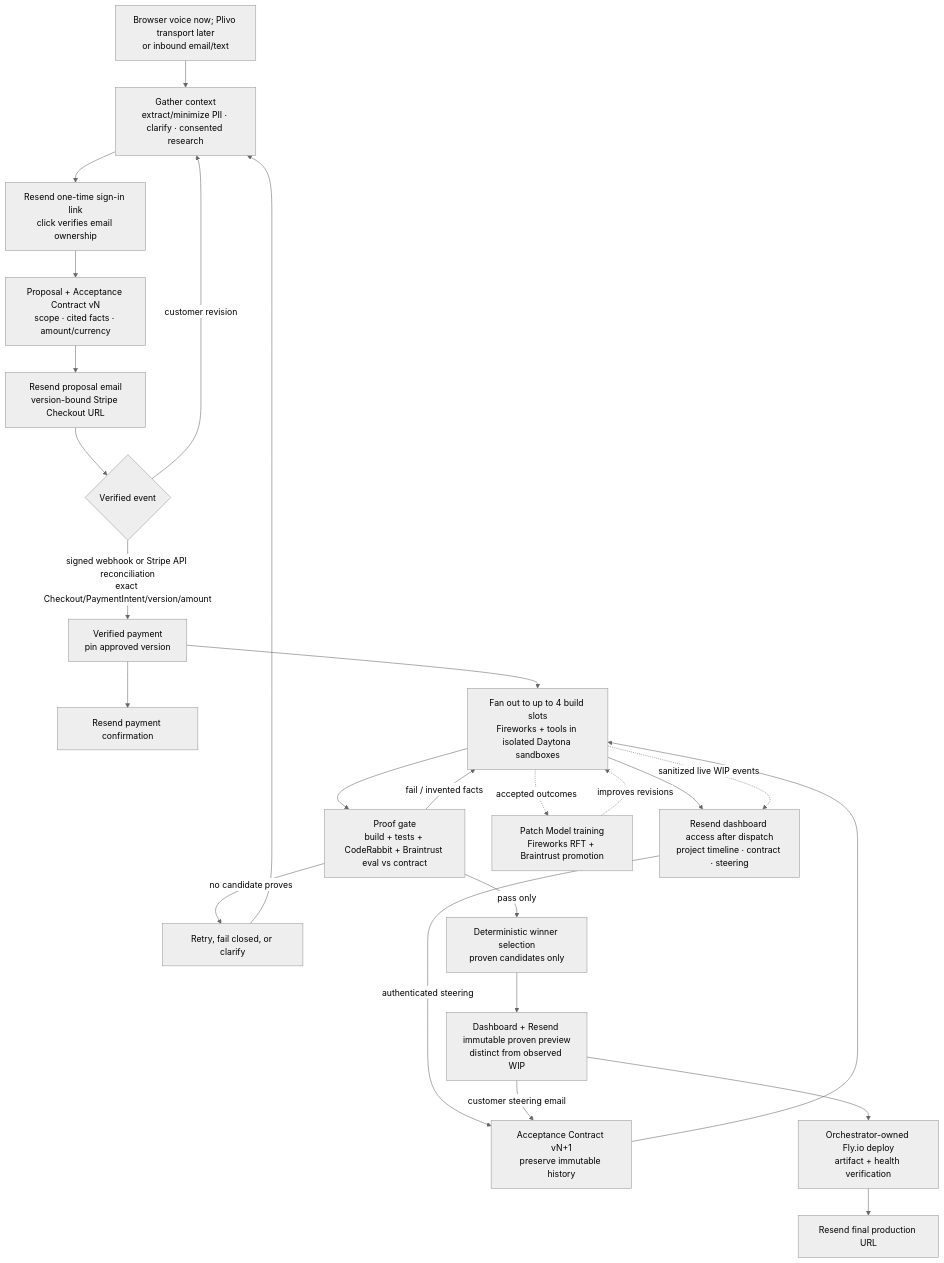
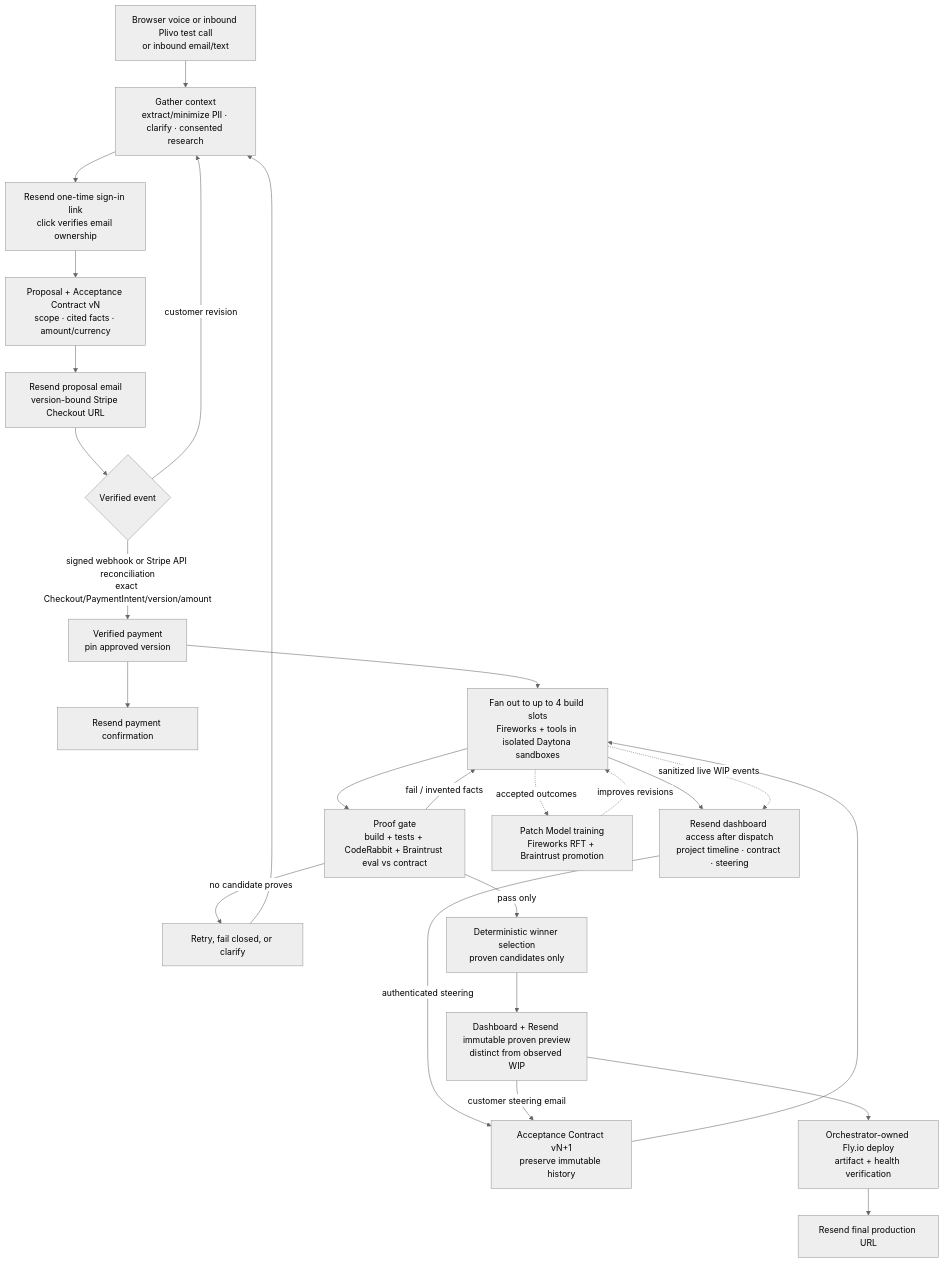
One commit to Developer668/BuildLabs changed the diagram in PRODUCT_SPEC.md. Above: the diagram before and after it, drawn with Mermaid (neutral theme). The commit also changed other lines of this file and 226 other files, not shown here.

First line of the commit message:
Wire orchestration spine, dashboard, and voice browser/telephony intake

````diff
--- a/PRODUCT_SPEC.md
+++ b/PRODUCT_SPEC.md
@@ -88,27 +101,27 @@
 ```mermaid
 flowchart TD
-    Input["Browser voice now; Plivo transport later<br/>or inbound email/text"] --> Gather["Gather context<br/>extract/minimize PII · clarify · consented research"]
+    Input["Browser voice or inbound Plivo test call<br/>or inbound email/text"] --> Gather["Gather context<br/>extract/minimize PII · clarify · consented research"]
     Gather --> Access["Resend one-time sign-in link<br/>click verifies email ownership"]
     Access --> Proposal["Proposal + Acceptance Contract vN<br/>scope · cited facts · amount/currency"]
     Proposal --> Email["Resend proposal email<br/>version-bound Stripe Checkout URL"]
     Email --> Wait{"Verified event"}
     Wait -->|customer revision| Gather
     Wait -->|signed webhook or Stripe API reconciliation<br/>exact Checkout/PaymentIntent/version/amount| Paid["Verified payment<br/>pin approved version"]
     Paid --> Confirmation["Resend payment confirmation"]
     Paid --> Slots["Fan out to up to 4 build slots<br/>Fireworks + tools in isolated Daytona sandboxes"]
     Slots --> Dashboard["Resend dashboard access after dispatch<br/>project timeline · contract · steering"]
     Slots -.sanitized live WIP events.-> Dashboard
     Dashboard -->|authenticated steering| Revise
     Slots --> Gate["Proof gate<br/>build + tests + CodeRabbit + Braintrust eval vs contract"]
     Gate -->|fail / invented facts| Slots
     Gate -->|no candidate proves| Clarify["Retry, fail closed, or clarify"]
     Clarify --> Gather
     Gate -->|pass only| Rank["Deterministic winner selection<br/>proven candidates only"]
     Rank --> Preview["Dashboard + Resend immutable proven preview<br/>distinct from observed WIP"]
     Preview -->|customer steering email| Revise["Acceptance Contract vN+1<br/>preserve immutable history"]
     Revise --> Slots
     Preview --> Deploy["Orchestrator-owned Fly.io deploy<br/>artifact + health verification"]
     Deploy --> Deliver["Resend final production URL"]
     Slots -.accepted outcomes.-> Train["Patch Model training<br/>Fireworks RFT + Braintrust promotion"]
     Train -.improves revisions.-> Slots
 ```
````
